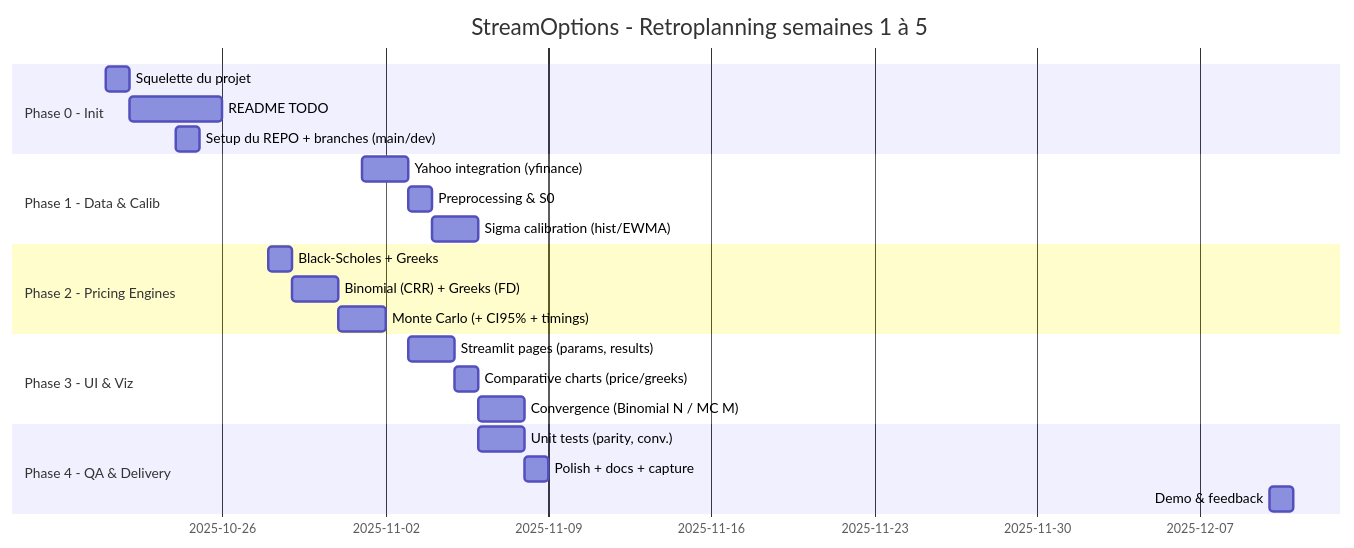
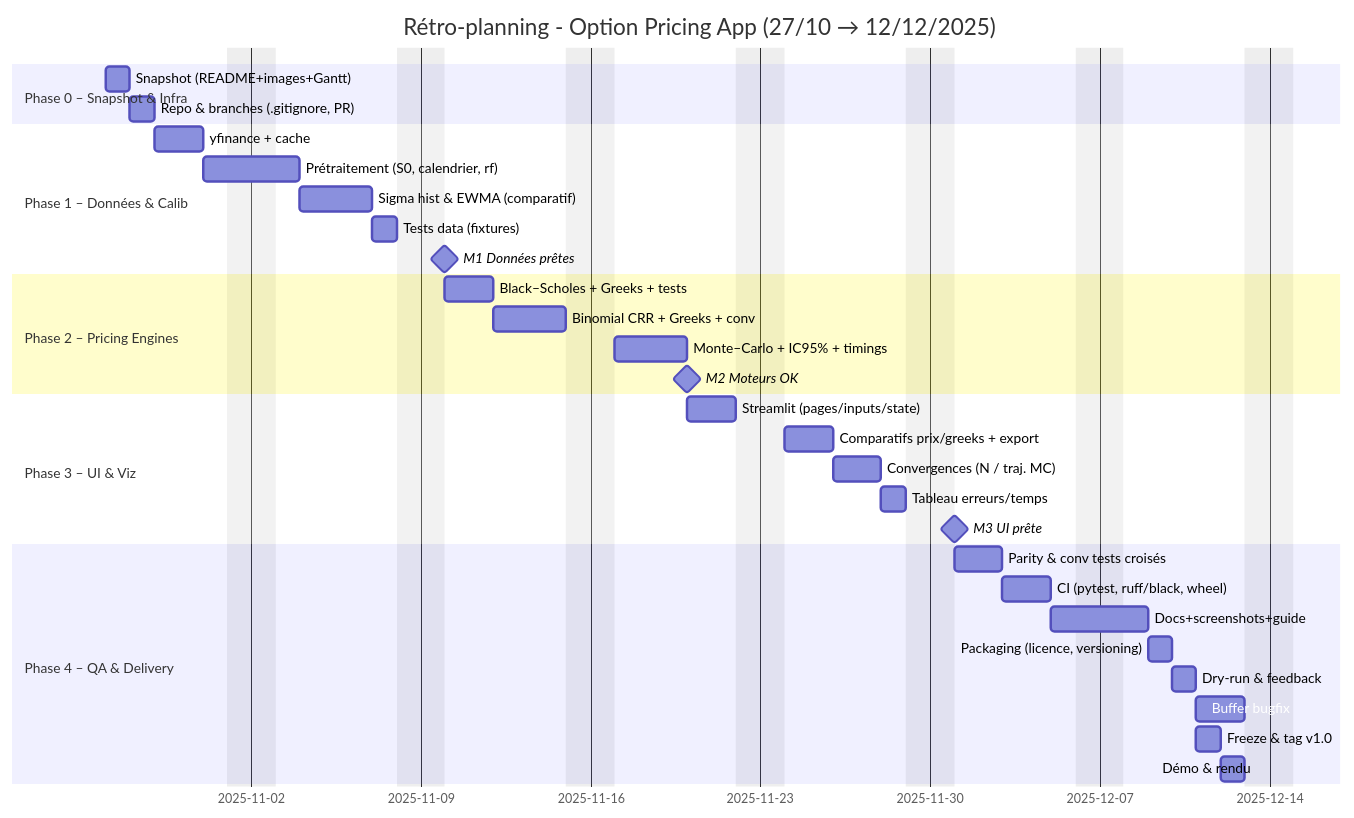
One commit to Karam-Benameur/stream_options changed the diagram in roadmap/Gantt_Diagram.md. Above: the diagram before and after it, drawn with Mermaid.

````diff
--- a/roadmap/Gantt_Diagram.md
+++ b/roadmap/Gantt_Diagram.md
@@ -1,31 +1,40 @@
 ```mermaid
 gantt
-    title StreamOptions - Retroplanning semaines 1 à 5
-    dateFormat  DD-MM-YYYY
-    includes    weekends
+    title Rétro-planning - Option Pricing App (27/10 → 12/12/2025)
+    dateFormat  YYYY-MM-DD
+    excludes    weekends
 
-    section Phase 0 - Init
-    Squelette du projet                 :s1, 21-10-2025, 1d
-    README TODO                         :s2, 22-10-2025, 4d
-    Setup du REPO + branches (main/dev) :s3, 24-10-2025, 1d
+    section Phase 0 – Snapshot & Infra
+    Snapshot (README+images+Gantt)      :s1, 2025-10-27, 1d
+    Repo & branches (.gitignore, PR)    :s2, after s1, 1d
 
-    section Phase 1 - Data & Calib
-    Yahoo integration (yfinance)        :d1, 01-11-2025, 2d
-    Preprocessing & S0                  :d2, after d1, 1d
-    Sigma calibration (hist/EWMA)       :d3, after d2, 2d
+    section Phase 1 – Données & Calib
+    yfinance + cache                     :d1, after s2, 2d
+    Prétraitement (S0, calendrier, rf)   :d2, after d1, 2d
+    Sigma hist & EWMA (comparatif)       :d3, after d2, 3d
+    Tests data (fixtures)                :d4, after d3, 1d
+    M1 Données prêtes                    :milestone, m1, after d4, 0d
 
-    section Phase 2 - Pricing Engines
-    Black-Scholes + Greeks              :p1, 2025-10-28, 1d
-    Binomial (CRR) + Greeks (FD)        :p2, after p1, 2d
-    Monte Carlo (+ CI95% + timings)     :p3, after p2, 2d
+    section Phase 2 – Pricing Engines
+    Black–Scholes + Greeks + tests       :p1, after m1, 2d
+    Binomial CRR + Greeks + conv         :p2, after p1, 3d
+    Monte–Carlo + IC95% + timings        :p3, after p2, 3d
+    M2 Moteurs OK                        :milestone, m2, after p3, 0d
 
-    section Phase 3 - UI & Viz
-    Streamlit pages (params, results)   :u1, 2025-11-03, 2d
-    Comparative charts (price/greeks)   :u2, after u1, 1d
-    Convergence (Binomial N / MC M)     :u3, after u2, 2d
+    section Phase 3 – UI & Viz
+    Streamlit (pages/inputs/state)       :u1, after m2, 2d
+    Comparatifs prix/greeks + export     :u2, after u1, 2d
+    Convergences (N / traj. MC)          :u3, after u2, 2d
+    Tableau erreurs/temps                :u4, after u3, 1d
+    M3 UI prête                          :milestone, m3, after u4, 0d
 
-    section Phase 4 - QA & Delivery
-    Unit tests (parity, conv.)          :q1, 2025-11-06, 2d
-    Polish + docs + capture             :q2, after q1, 1d
-    Demo & feedback                     :dl, 10-12-2025, 1d
+    section Phase 4 – QA & Delivery
+    Parity & conv tests croisés          :q1, after m3, 2d
+    CI (pytest, ruff/black, wheel)       :q2, after q1, 2d
+    Docs+screenshots+guide               :q3, after q2, 2d
+    Packaging (licence, versioning)      :q4, after q3, 1d
+    Dry-run & feedback                   :q5, after q4, 1d
+    Buffer bugfix                        :q6, after q5, 2d
+    Freeze & tag v1.0                    :rel, 2025-12-11, 1d
+    Démo & rendu                         :fin, 2025-12-12, 1d
 ```
````
